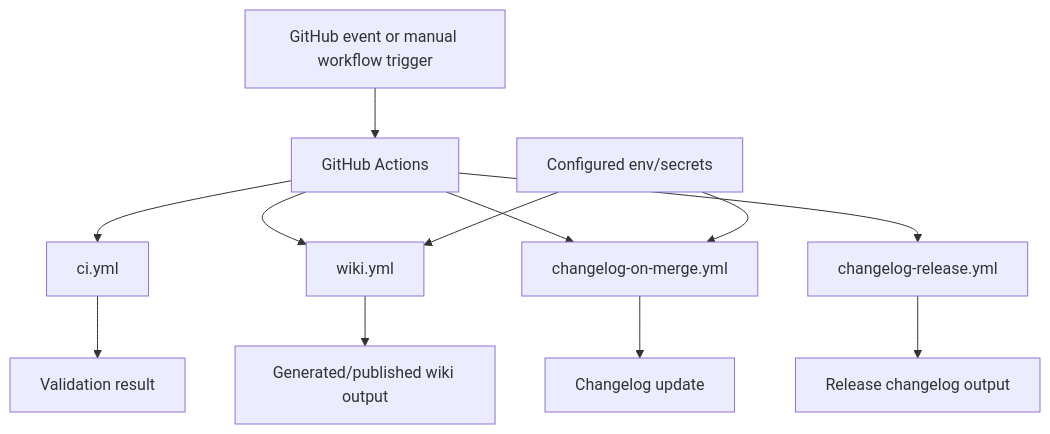
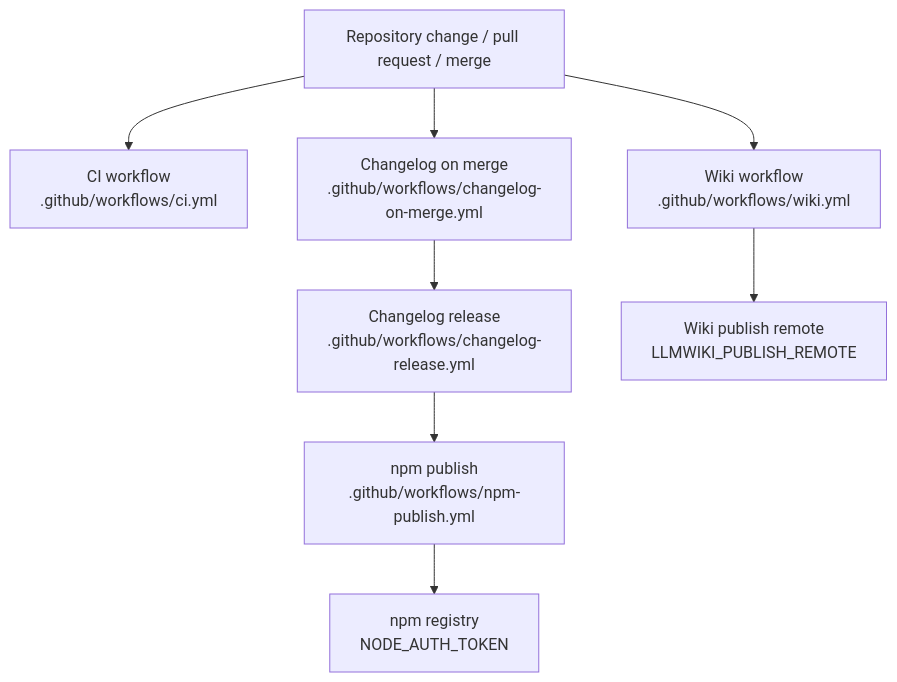
The fourth of 4 diagrams in Architecture.md (mfittko/repo-wiki), drawn with Mermaid before and after one commit. The commit also changed other lines of this file and 46 other files, not shown here.

Commit message:
Compile repository wiki 2026-06-13T08:35:19.100Z

````diff
--- a/Architecture.md
+++ b/Architecture.md
@@ -213,17 +276,19 @@
 ```mermaid
-flowchart TB
-    Event["GitHub event or manual workflow trigger"] --> Actions["GitHub Actions"]
+flowchart TD
+    Change["Repository change / pull request / merge"]
+    CI["CI workflow\n.github/workflows/ci.yml"]
+    Wiki["Wiki workflow\n.github/workflows/wiki.yml"]
+    ChangelogMerge["Changelog on merge\n.github/workflows/changelog-on-merge.yml"]
+    ChangelogRelease["Changelog release\n.github/workflows/changelog-release.yml"]
+    NpmPublish["npm publish\n.github/workflows/npm-publish.yml"]
+    WikiRemote["Wiki publish remote\nLLMWIKI_PUBLISH_REMOTE"]
+    Npm["npm registry\nNODE_AUTH_TOKEN"]
 
-    Actions --> CI["ci.yml"]
-    Actions --> Wiki["wiki.yml"]
-    Actions --> MergeChangelog["changelog-on-merge.yml"]
-    Actions --> ReleaseChangelog["changelog-release.yml"]
-
-    Env["Configured env/secrets"] --> Wiki
-    Env --> MergeChangelog
-
-    CI --> Validation["Validation result"]
-    Wiki --> WikiArtifact["Generated/published wiki output"]
-    MergeChangelog --> ChangelogUpdate["Changelog update"]
-    ReleaseChangelog --> ReleaseChangelogOutput["Release changelog output"]
+    Change --> CI
+    Change --> Wiki
+    Change --> ChangelogMerge
+    ChangelogMerge --> ChangelogRelease
+    ChangelogRelease --> NpmPublish
+    Wiki --> WikiRemote
+    NpmPublish --> Npm
 ```
````
